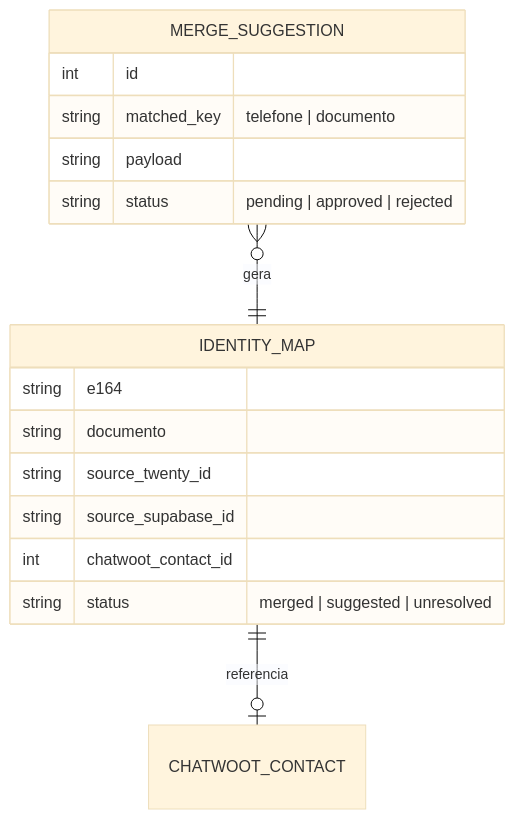
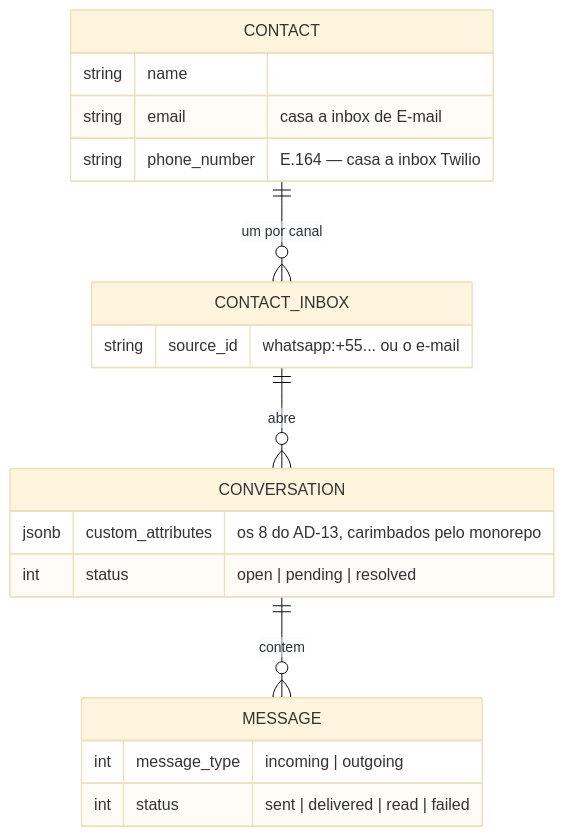
One commit to admflashcapital/inbox-flash-capital changed the third of 3 diagrams in docs/architecture.md. Above: the diagram before and after it, drawn with Mermaid (base theme). The commit also changed other lines of this file and 27 other files, not shown here.

````diff
--- a/docs/architecture.md
+++ b/docs/architecture.md
@@ -291,19 +328,22 @@
 ```mermaid
 erDiagram
-  IDENTITY_MAP ||--o| CHATWOOT_CONTACT : referencia
-  IDENTITY_MAP {
-    string e164
-    string documento
-    string source_twenty_id
-    string source_supabase_id
-    int chatwoot_contact_id
-    string status "merged | suggested | unresolved"
+  CONTACT ||--o{ CONTACT_INBOX : "um por canal"
+  CONTACT_INBOX ||--o{ CONVERSATION : abre
+  CONVERSATION ||--o{ MESSAGE : contem
+  CONTACT {
+    string name
+    string email "casa a inbox de E-mail"
+    string phone_number "E.164 — casa a inbox Twilio"
   }
-  MERGE_SUGGESTION }o--|| IDENTITY_MAP : gera
-  MERGE_SUGGESTION {
-    int id
-    string matched_key "telefone | documento"
-    string payload
-    string status "pending | approved | rejected"
+  CONTACT_INBOX {
+    string source_id "whatsapp:+55... ou o e-mail"
+  }
+  CONVERSATION {
+    jsonb custom_attributes "os 8 do AD-13, carimbados pelo monorepo"
+    int status "open | pending | resolved"
+  }
+  MESSAGE {
+    int message_type "incoming | outgoing"
+    int status "sent | delivered | read | failed"
   }
 ```
````
